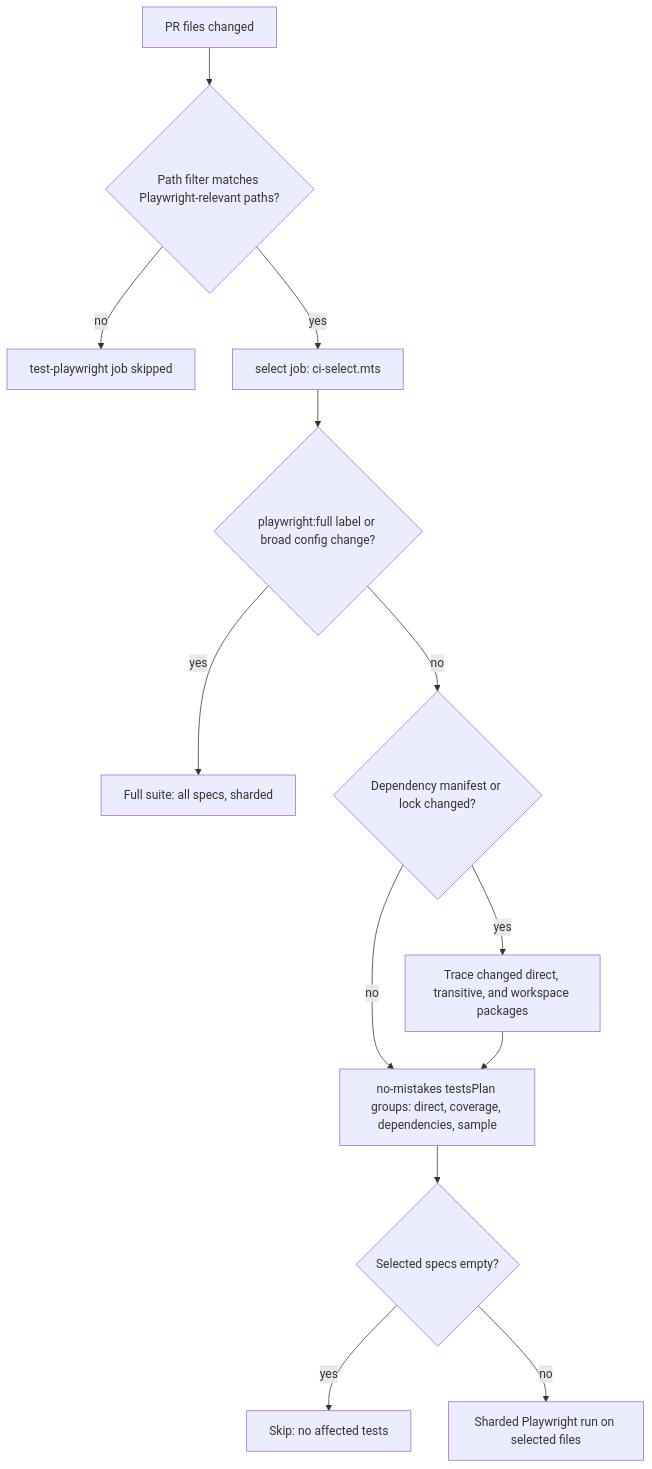
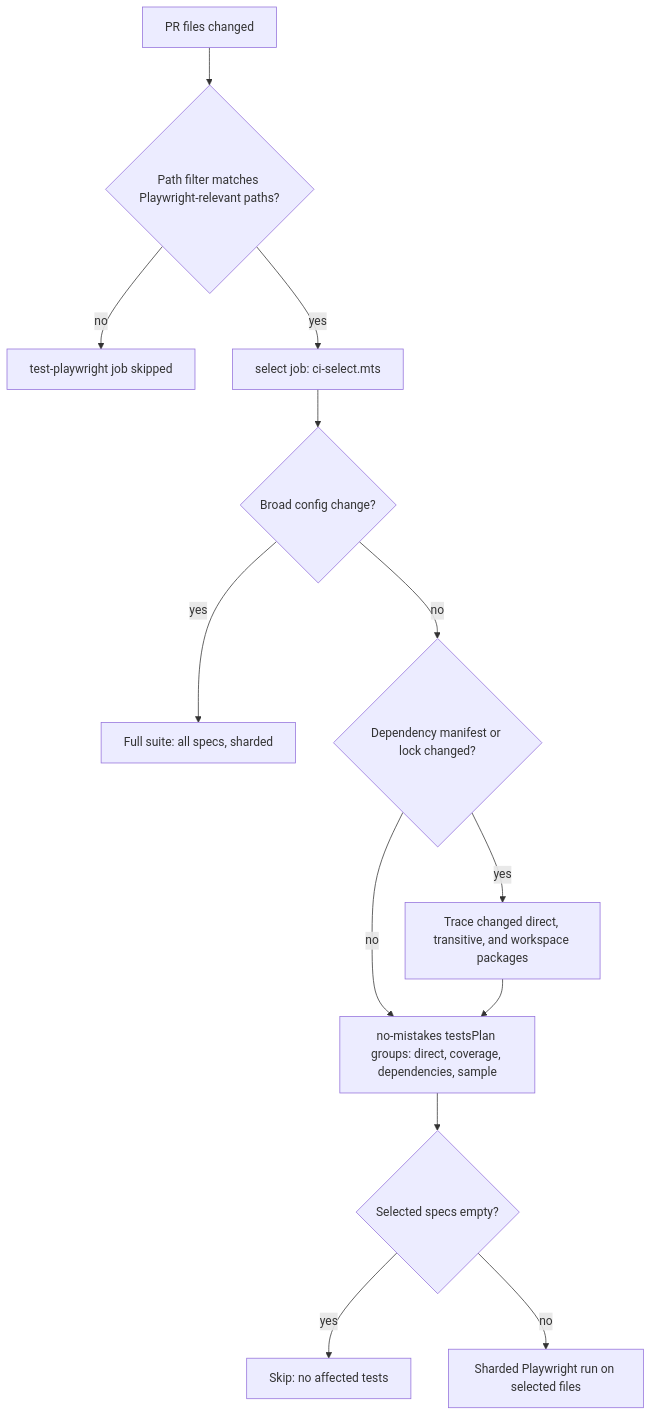
One commit to vouchington/vouchington changed the diagram in docs/development/reference-ci-playwright-ci-selection.md. Above: the diagram before and after it, drawn with Mermaid. The commit also changed other lines of this file and 52 other files, not shown here.

````diff
--- a/docs/development/reference-ci-playwright-ci-selection.md
+++ b/docs/development/reference-ci-playwright-ci-selection.md
@@ -21,15 +20,15 @@
 ```mermaid
 flowchart TD
   A[PR files changed] --> B{Path filter matches Playwright-relevant paths?}
   B -- no --> Z[test-playwright job skipped]
   B -- yes --> C["select job: ci-select.mts"]
-  C --> D{"playwright:full label or broad config change?"}
+  C --> D{"Broad config change?"}
   D -- yes --> FULL["Full suite: all specs, sharded"]
   D -- no --> L{Dependency manifest or lock changed?}
   L -- yes --> BFS[Trace changed direct, transitive, and workspace packages]
   L -- no --> E["no-mistakes testsPlan groups: direct, coverage, dependencies, sample"]
   BFS --> E
   E --> F{Selected specs empty?}
   F -- yes --> SKIP[Skip: no affected tests]
   F -- no --> H[Sharded Playwright run on selected files]
 ```
````
